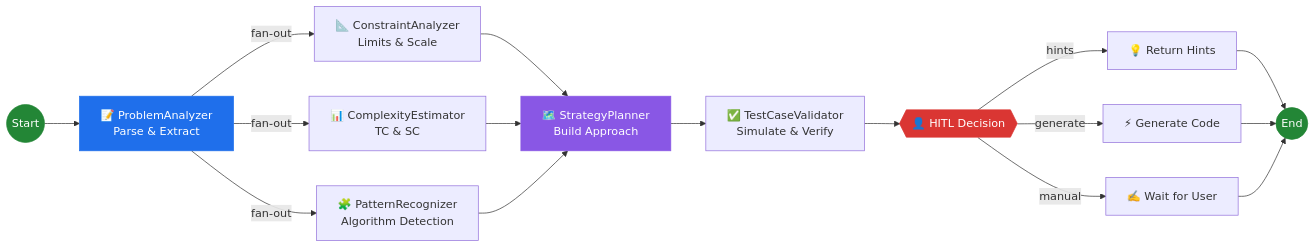
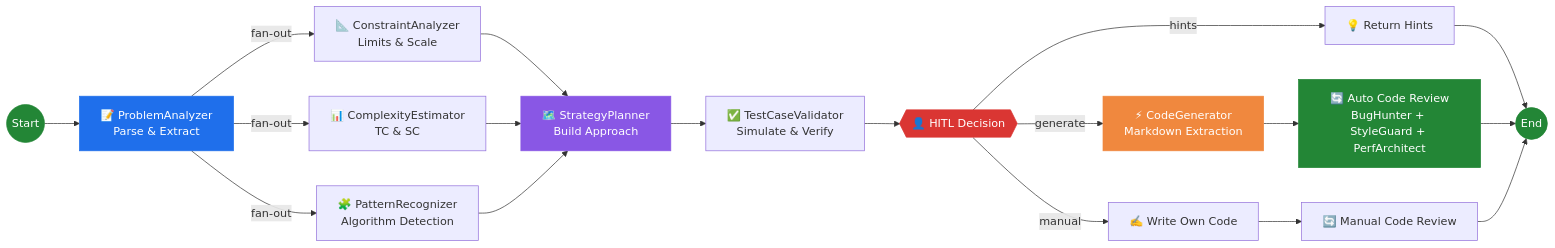
Before and after one commit to Viv-19/sentinel-graph-cp-agent-: the third of 4 diagrams in README.md, drawn with Mermaid. The commit also changed other lines of this file and 6 other files, not shown here.

````diff
--- a/README.md
+++ b/README.md
@@ -110,29 +118,33 @@
 ```mermaid
 graph LR
     START((Start)) --> PA["📝 ProblemAnalyzer<br/>Parse & Extract"]
 
     PA -->|fan-out| CA["📐 ConstraintAnalyzer<br/>Limits & Scale"]
     PA -->|fan-out| CE["📊 ComplexityEstimator<br/>TC & SC"]
     PA -->|fan-out| PR["🧩 PatternRecognizer<br/>Algorithm Detection"]
 
     CA --> SP["🗺️ StrategyPlanner<br/>Build Approach"]
     CE --> SP
     PR --> SP
 
     SP --> TV["✅ TestCaseValidator<br/>Simulate & Verify"]
     TV --> HITL{{"👤 HITL Decision"}}
 
+    HITL -->|generate| CodeGen["⚡ CodeGenerator<br/>Markdown Extraction"]
+    HITL -->|manual| Wait["✍️ Write Own Code"]
     HITL -->|hints| Hints["💡 Return Hints"]
-    HITL -->|generate| CodeGen["⚡ Generate Code"]
-    HITL -->|manual| Wait["✍️ Wait for User"]
 
+    CodeGen --> AutoReview["🔄 Auto Code Review<br/>BugHunter + StyleGuard + PerfArchitect"]
+    Wait --> ManualReview["🔄 Manual Code Review"]
     Hints --> END((End))
-    CodeGen --> END
-    Wait --> END
+    AutoReview --> END
+    ManualReview --> END
 
     style START fill:#238636,stroke:#238636,color:white
     style END fill:#238636,stroke:#238636,color:white
     style HITL fill:#da3633,stroke:#da3633,color:white
     style PA fill:#1f6feb,stroke:#1f6feb,color:white
     style SP fill:#8957e5,stroke:#8957e5,color:white
+    style CodeGen fill:#f0883e,stroke:#f0883e,color:white
+    style AutoReview fill:#238636,stroke:#238636,color:white
 ```
````
